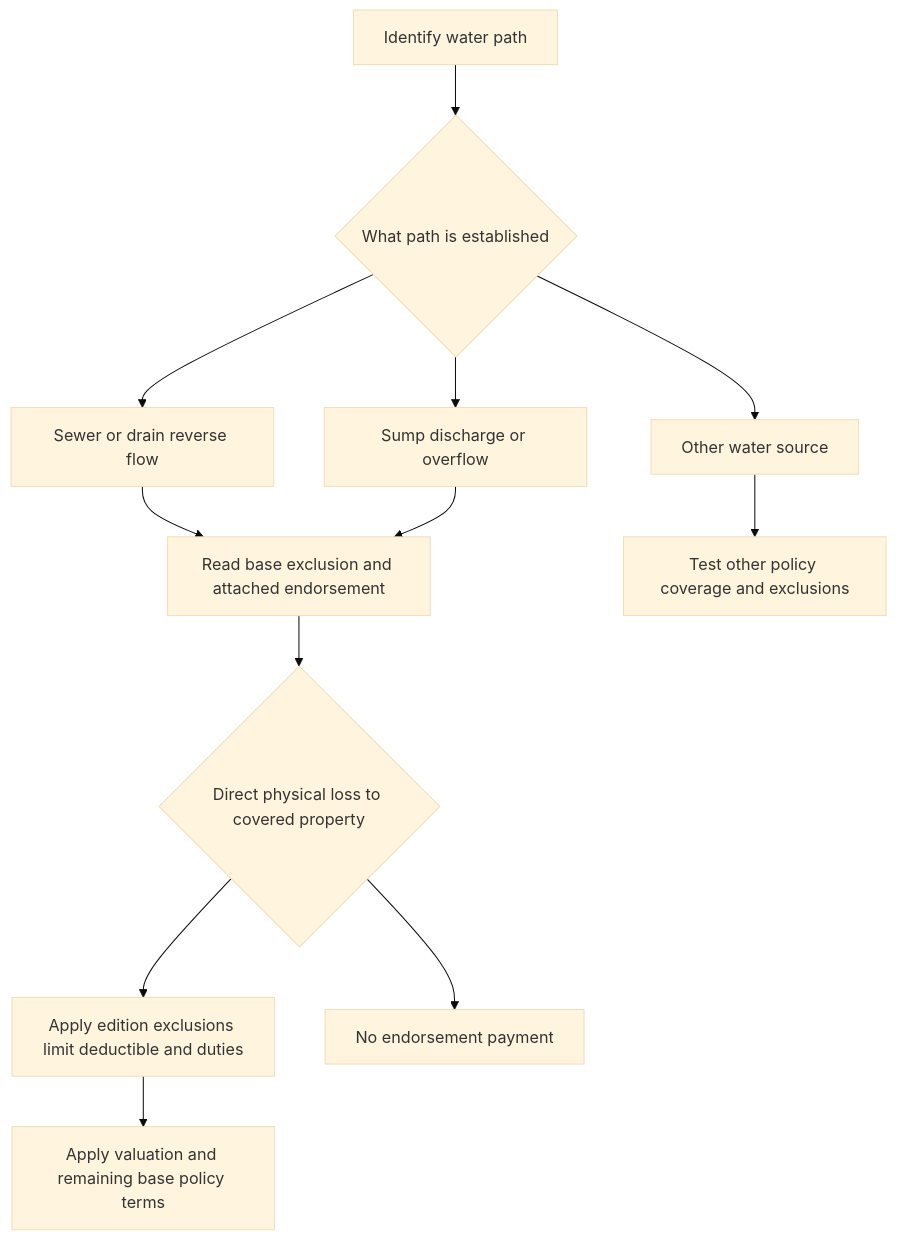
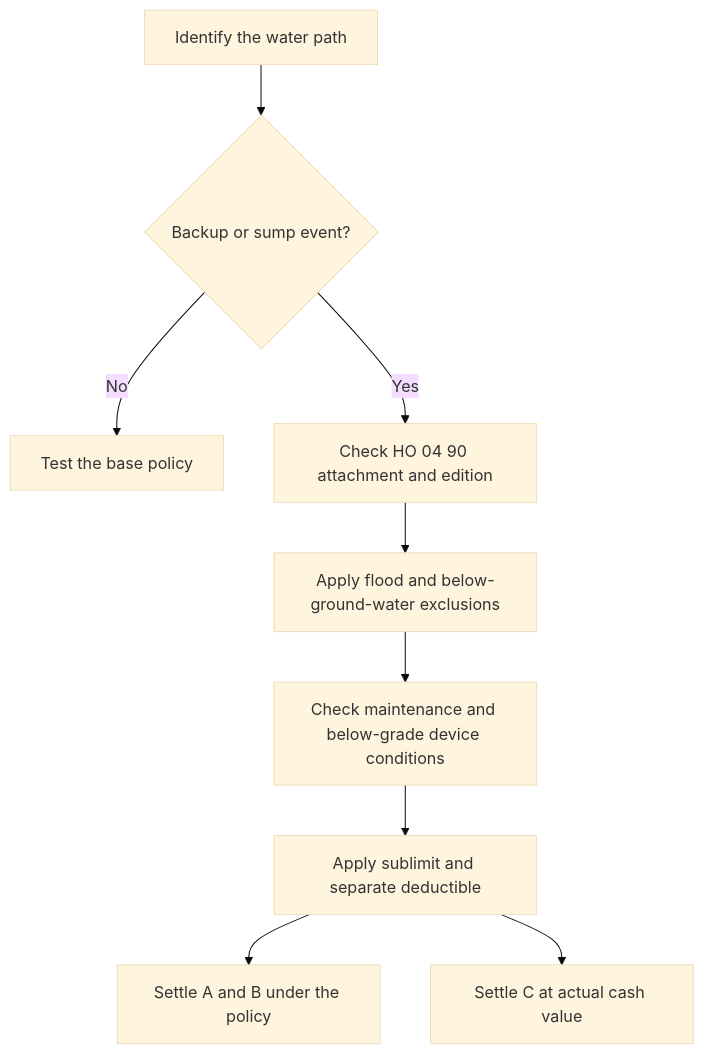
The diagram in openwiki/coverage/perils/water-backup.md (langchain-samples/openwiki-insurance-corpus), drawn with Mermaid (base theme) before and after one commit. The commit also changed other lines of this file and 16 other files, not shown here.

````diff
--- a/openwiki/coverage/perils/water-backup.md
+++ b/openwiki/coverage/perils/water-backup.md
@@ -52,14 +51,11 @@
 ```mermaid
 flowchart TD
-  A["Identify water path"] --> B{"What path is established"}
-  B --> C["Sewer or drain reverse flow"]
-  B --> D["Sump discharge or overflow"]
-  B --> E["Other water source"]
-  C --> F["Read base exclusion and attached endorsement"]
-  D --> F
-  E --> G["Test other policy coverage and exclusions"]
-  F --> H{"Direct physical loss to covered property"}
-  H --> I["Apply edition exclusions limit deductible and duties"]
-  H --> J["No endorsement payment"]
-  I --> K["Apply valuation and remaining base policy terms"]
+  A["Identify the water path"] --> B{"Backup or sump event?"}
+  B -->|"No"| C["Test the base policy"]
+  B -->|"Yes"| D["Check HO 04 90 attachment and edition"]
+  D --> E["Apply flood and below-ground-water exclusions"]
+  E --> F["Check maintenance and below-grade device conditions"]
+  F --> G["Apply sublimit and separate deductible"]
+  G --> H["Settle A and B under the policy"]
+  G --> I["Settle C at actual cash value"]
 ```
````
